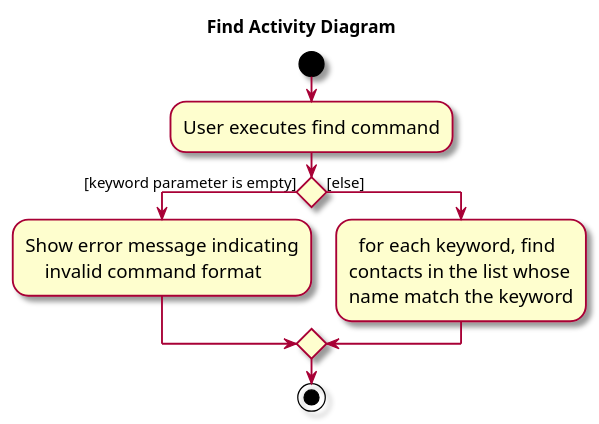
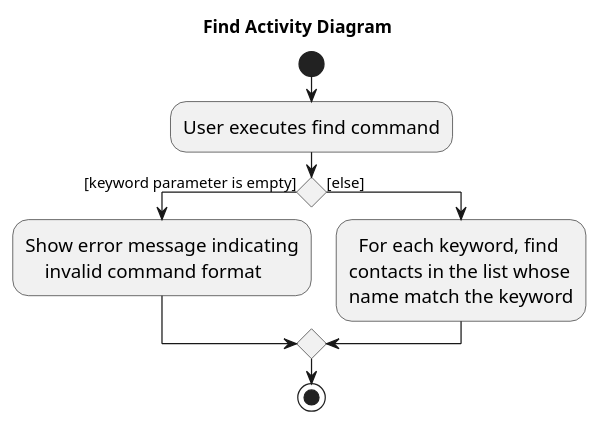
One commit to nus-cs2103-AY2425S1/tp changed the diagram in docs/diagrams/FindActivityDiagram.puml. Above: the diagram before and after it, drawn with PlantUML. The commit also changed 2 other files, not shown here.

```diff
--- a/docs/diagrams/FindActivityDiagram.puml
+++ b/docs/diagrams/FindActivityDiagram.puml
@@ -1,21 +1,20 @@
 @startuml
 title Find Activity Diagram
-skin rose
 skinparam ActivityFontSize 15
 skinparam ArrowFontSize 12
 start
 :User executes find command;
 
 'Since the beta syntax does not support placing the condition outside the
 'diamond we place it as the true branch instead.
 
 if () then ([keyword parameter is empty])
     :Show error message indicating
         invalid command format;
 else ([else])
-     :  for each keyword, find
+     :  For each keyword, find
      contacts in the list whose
      name match the keyword;
 endif
 stop
 @enduml
```
